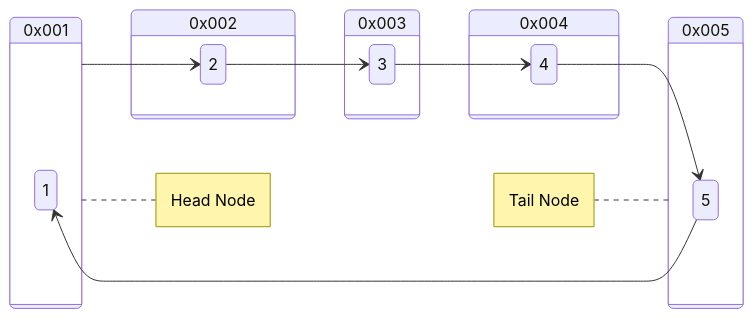
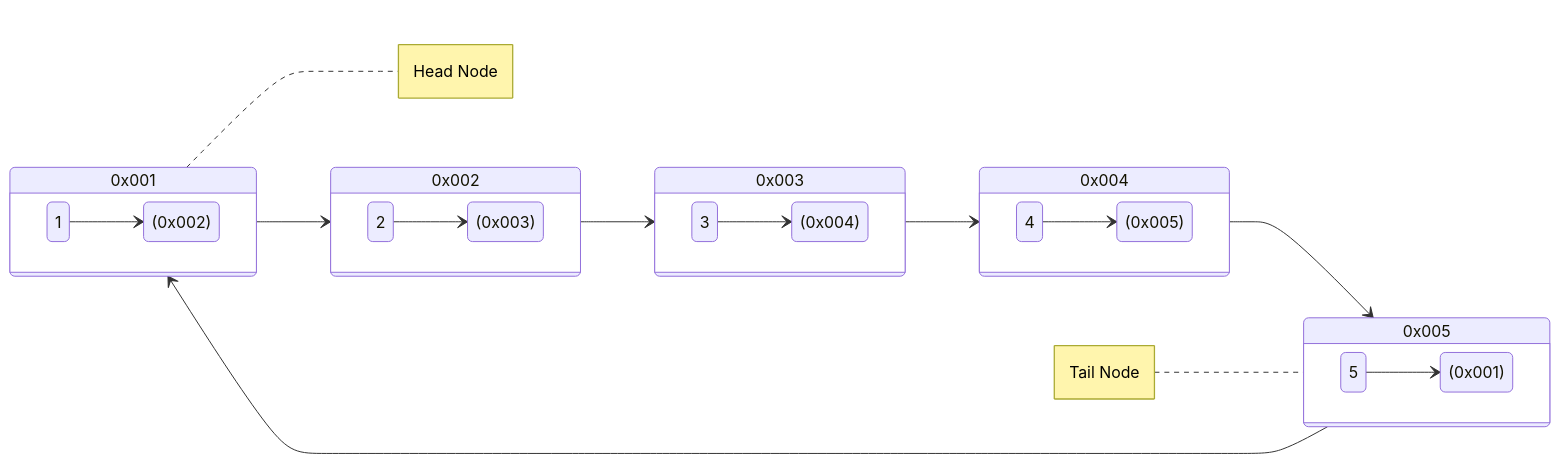
Before and after one commit to sniperadmin/js-data-structures-and-algorithms: the fifth of 7 diagrams in README.md, drawn with Mermaid. The commit also changed other lines of this file and 1 other file, not shown here.

````diff
--- a/README.md
+++ b/README.md
@@ -691,33 +697,39 @@
 ```mermaid
 stateDiagram-v2
 direction LR
-0x001 --> 2
-2 --> 3
-3 --> 4
-4 --> 5
-5 --> 1
+0x001 --> 0x002 
+0x002 --> 0x003
+0x003 --> 0x004
+0x004 --> 0x005
+0x005 --> 0x001
 
 note right of 0x001
     Head Node
 end note
 
 note left of 0x005
     Tail Node
 end note
 
 state 0x001 {
-    1
+    direction LR
+    1 --> (0x002)
 }
 state 0x002 {
-    2
+    direction LR
+    2 --> (0x003)
 }
 state 0x003 {
-    3
+    direction LR
+    3 --> (0x004)
 }
 state 0x004 {
-    4
+    direction LR
+    4 --> (0x005)
 }
 state 0x005 {
-    5
+    direction LR
+    5 --> (0x001)
 }
+
 ```
````
